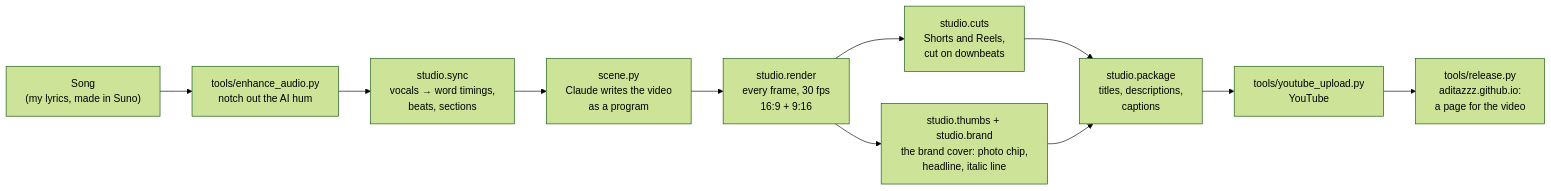
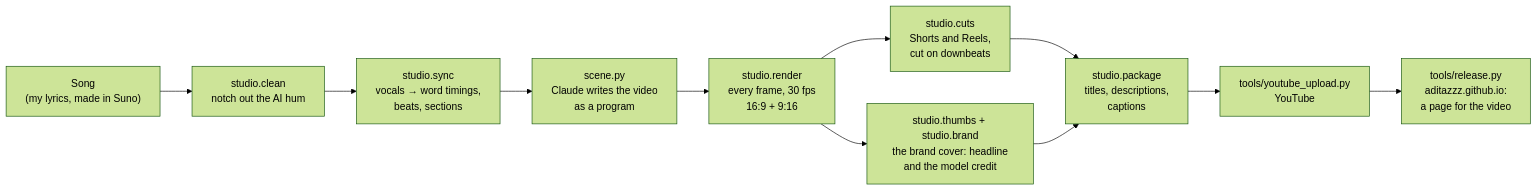
Before and after one commit to aditazzz/Suno-YouTube-aditazzz-Music: the diagram in README.md, drawn with Mermaid (forest theme). The commit also changed other lines of this file and 105 other files, not shown here.

````diff
--- a/README.md
+++ b/README.md
@@ -22,13 +22,13 @@
 ```mermaid
 flowchart LR
-    A["Song<br>(my lyrics, made in Suno)"] --> A2["tools/enhance_audio.py<br>notch out the AI hum"]
+    A["Song<br>(my lyrics, made in Suno)"] --> A2["studio.clean<br>notch out the AI hum"]
     A2 --> B["studio.sync<br>vocals → word timings,<br>beats, sections"]
     B --> C["scene.py<br>Claude writes the video<br>as a program"]
     C --> D["studio.render<br>every frame, 30 fps<br>16:9 + 9:16"]
     D --> E["studio.cuts<br>Shorts and Reels,<br>cut on downbeats"]
-    D --> F["studio.thumbs + studio.brand<br>the brand cover: photo chip,<br>headline, italic line"]
+    D --> F["studio.thumbs + studio.brand<br>the brand cover: headline<br>and the model credit"]
     E --> G["studio.package<br>titles, descriptions,<br>captions"]
     F --> G
     G --> H["tools/youtube_upload.py<br>YouTube"]
     H --> I["tools/release.py<br>aditazzz.github.io:<br>a page for the video"]
 ```
````
